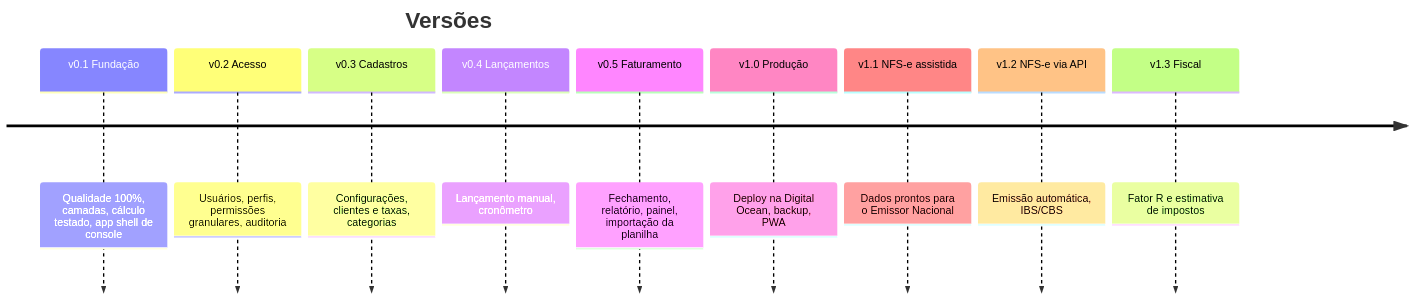
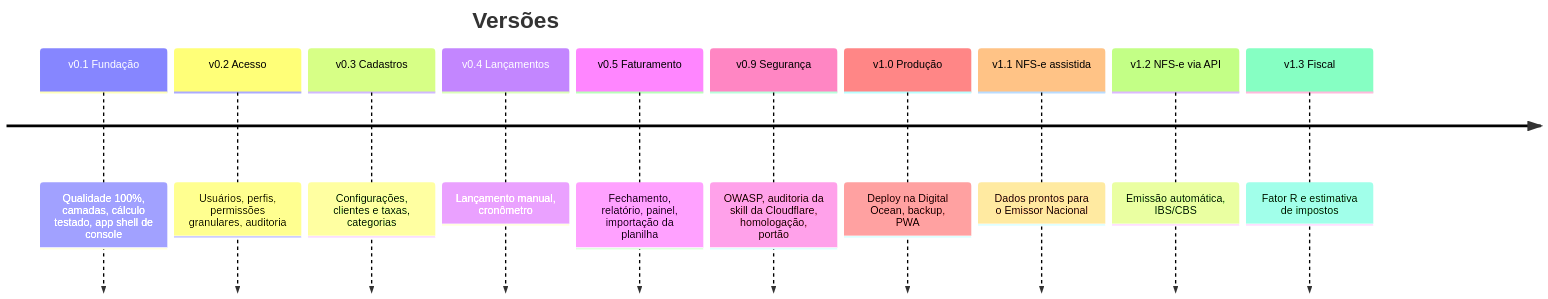
The diagram in docs/ROADMAP.md (felipealvesprestes/controle), drawn with Mermaid before and after one commit. The commit also changed other lines of this file and 14 other files, not shown here.

First line of the commit message:
docs: adiciona etapa de segurança com owasp e cloudflare

````diff
--- a/docs/ROADMAP.md
+++ b/docs/ROADMAP.md
@@ -7,13 +9,14 @@
 ```mermaid
 timeline
     title Versões
     v0.1 Fundação : Qualidade 100%, camadas, cálculo testado, app shell de console
     v0.2 Acesso : Usuários, perfis, permissões granulares, auditoria
     v0.3 Cadastros : Configurações, clientes e taxas, categorias
     v0.4 Lançamentos : Lançamento manual, cronômetro
     v0.5 Faturamento : Fechamento, relatório, painel, importação da planilha
+    v0.9 Segurança : OWASP, auditoria da skill da Cloudflare, homologação, portão
     v1.0 Produção : Deploy na Digital Ocean, backup, PWA
     v1.1 NFS-e assistida : Dados prontos para o Emissor Nacional
     v1.2 NFS-e via API : Emissão automática, IBS/CBS
     v1.3 Fiscal : Fator R e estimativa de impostos
 ```
````
